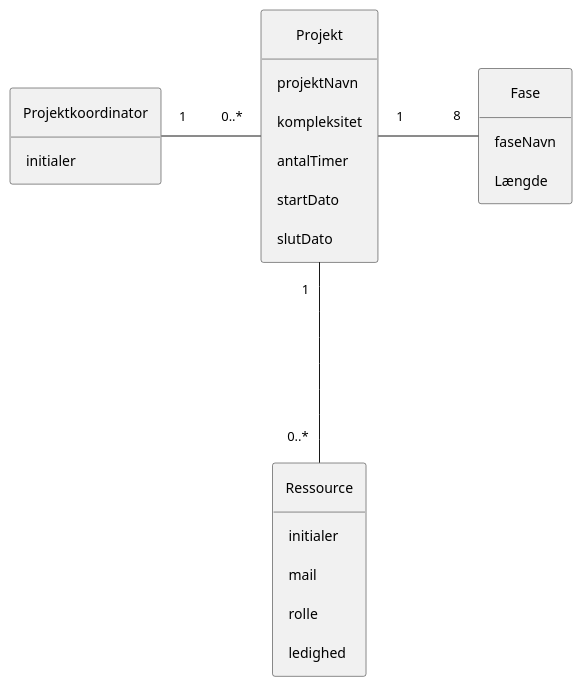
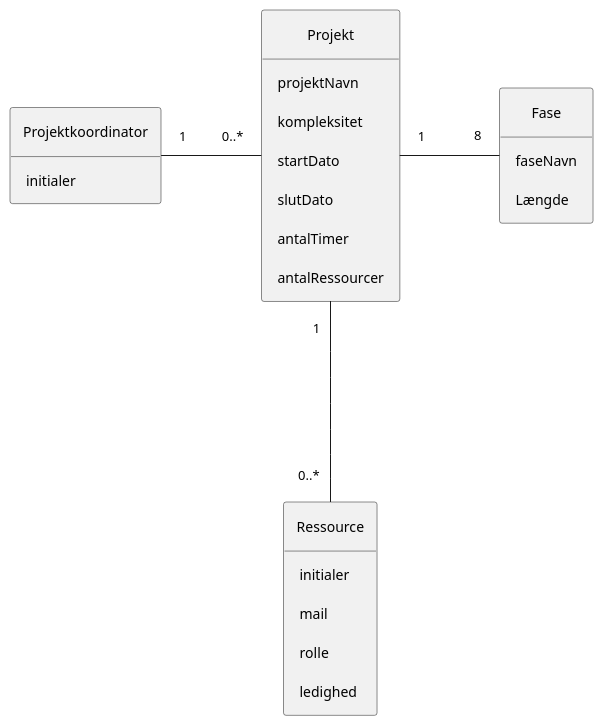
Before and after one commit to Rasmuus15/Eksamensprojekt-Novo: the diagram in Models/Novo-DomainModel.plantuml, drawn with PlantUML.

Commit message:
Lavet om på DCD, og domainModel

```diff
--- a/Models/Novo-DomainModel.plantuml
+++ b/Models/Novo-DomainModel.plantuml
@@ -1,45 +1,46 @@
 @startuml
 hide circle
 hide empty members
 
 skinparam padding 10
 skinparam nodesep 100
 skinparam ranksep 100
 
 Projektkoordinator "1" ---right--- "0..*" Projekt
 Fase "8" ---left--- "1" Projekt
 Projekt "1" --- "0..*" Ressource
 
 'Konceptuelle klasser
 Class Projektkoordinator
 {
     initialer
 }
 
 Class Ressource
 {
     initialer
     mail
     rolle
     ledighed
 }
 
 Class Fase
 {
     faseNavn
     Længde
 }
 
 Class Projekt
 {
     projektNavn
     kompleksitet
-    antalTimer
     startDato
     slutDato
+    antalTimer
+    antalRessourcer
 }
 
 
 
 
 @enduml
```
